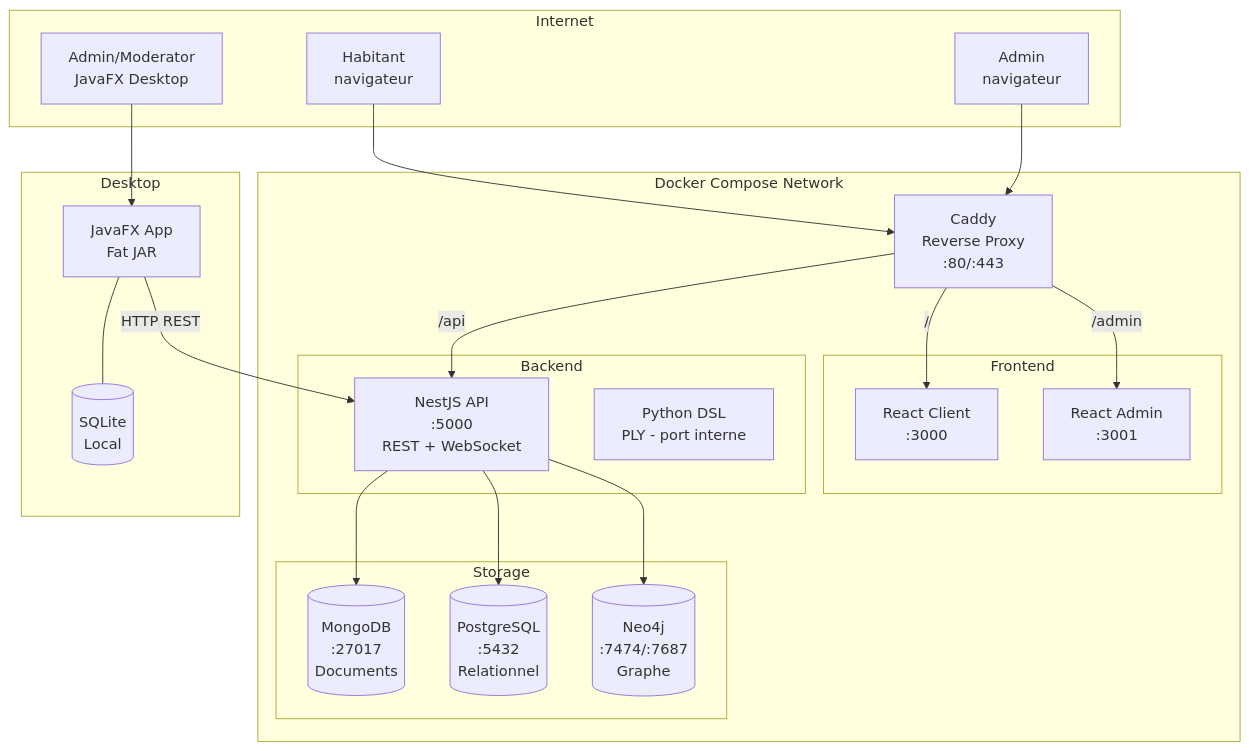
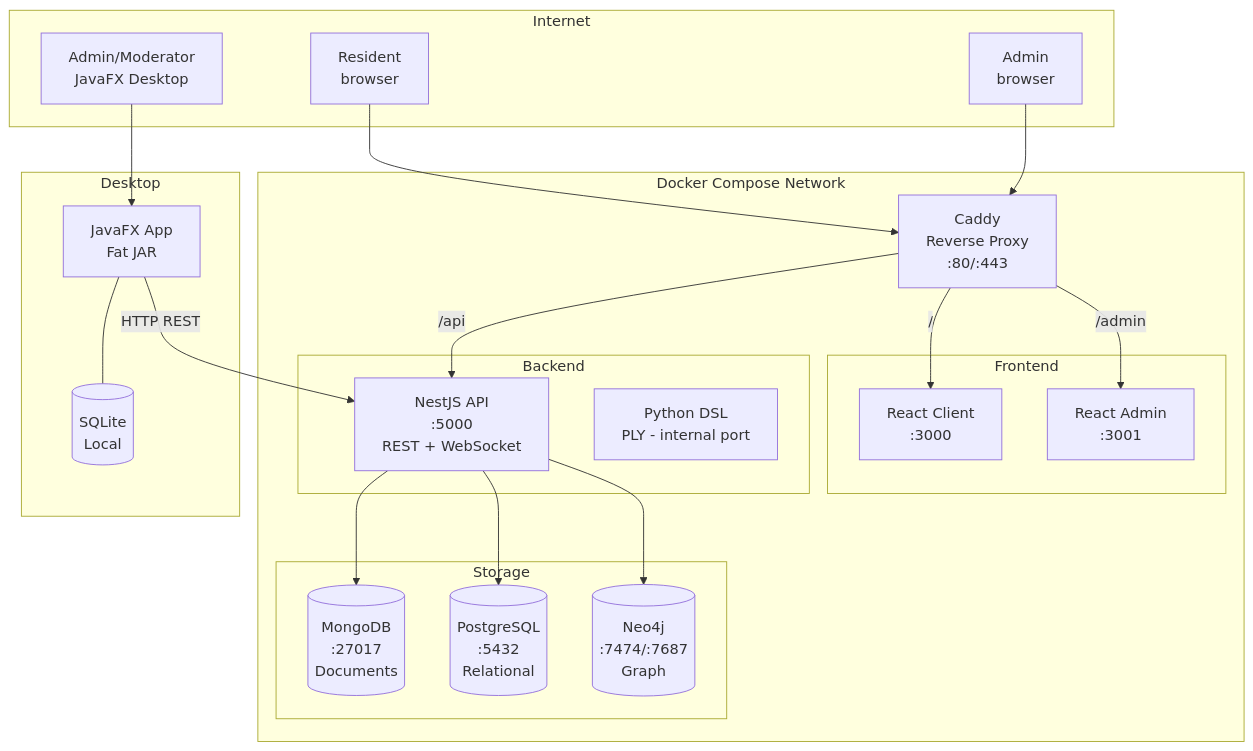
One commit to creibaud/QuartierConnect changed the first of 21 diagrams in docs/ARCHITECTURE.md. Above: the diagram before and after it, drawn with Mermaid. The commit also changed other lines of this file and 155 other files, not shown here.

````diff
--- a/docs/ARCHITECTURE.md
+++ b/docs/ARCHITECTURE.md
@@ -33,45 +35,45 @@
 ```mermaid
 graph TB
     subgraph Internet
-        U1[Habitant<br/>navigateur]
-        U2[Admin<br/>navigateur]
+        U1[Resident<br/>browser]
+        U2[Admin<br/>browser]
         U3[Admin/Moderator<br/>JavaFX Desktop]
     end
 
     subgraph Docker["Docker Compose Network"]
         CADDY[Caddy<br/>Reverse Proxy<br/>:80/:443]
 
         subgraph Frontend
             CLIENT[React Client<br/>:3000]
             ADMIN[React Admin<br/>:3001]
         end
 
         subgraph Backend
             API[NestJS API<br/>:5000<br/>REST + WebSocket]
-            PYTHON[Python DSL<br/>PLY - port interne]
+            PYTHON[Python DSL<br/>PLY - internal port]
         end
 
         subgraph Storage
             MONGO[(MongoDB<br/>:27017<br/>Documents)]
-            PG[(PostgreSQL<br/>:5432<br/>Relationnel)]
-            NEO4J[(Neo4j<br/>:7474/:7687<br/>Graphe)]
+            PG[(PostgreSQL<br/>:5432<br/>Relational)]
+            NEO4J[(Neo4j<br/>:7474/:7687<br/>Graph)]
         end
     end
 
     subgraph Desktop
         JAVA[JavaFX App<br/>Fat JAR]
         SQLITE[(SQLite<br/>Local)]
     end
 
     U1 --> CADDY
     U2 --> CADDY
     U3 --> JAVA
     CADDY -->|"/"| CLIENT
     CADDY -->|"/admin"| ADMIN
     CADDY -->|"/api"| API
     API --> MONGO
     API --> PG
     API --> NEO4J
     JAVA -->|HTTP REST| API
     JAVA --- SQLITE
 ```
````
